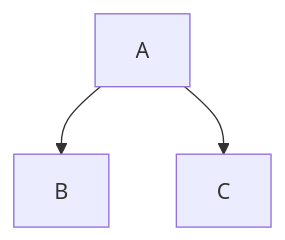
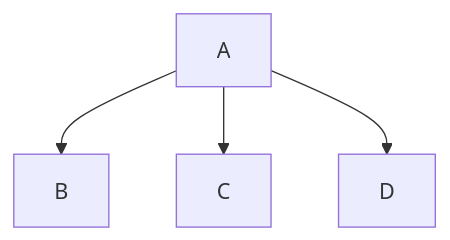
The diagram in source/_posts/test.md (liyehu/liyehu.github.io), drawn with Mermaid before and after one commit. The commit also changed 326 other files, not shown here.

````diff
--- a/source/_posts/test.md
+++ b/source/_posts/test.md
@@ -7,5 +7,6 @@
 ```mermaid
 graph TD
     A-->B;
     A-->C;
+    A-->D;
 ```
````
